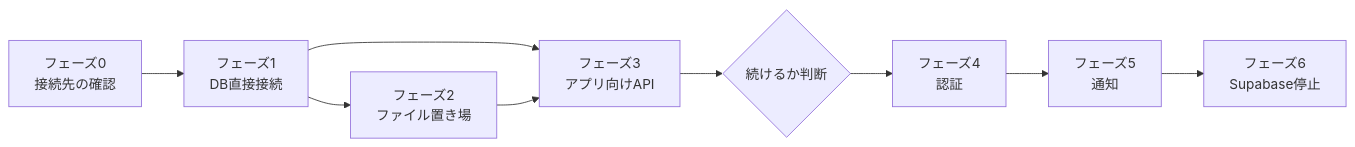
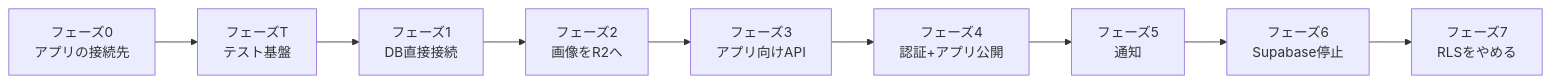
Before and after one commit to kawamonn91/ttech-store: the diagram in docs/supabase-removal-plan.md, drawn with Mermaid. The commit also changed other lines of this file and 12 other files, not shown here.

````diff
--- a/docs/supabase-removal-plan.md
+++ b/docs/supabase-removal-plan.md
@@ -128,11 +147,11 @@
 ```mermaid
 flowchart LR
-    P0["フェーズ0<br/>接続先の確認"] --> P1["フェーズ1<br/>DB直接接続"]
-    P1 --> P2["フェーズ2<br/>ファイル置き場"]
-    P1 --> P3["フェーズ3<br/>アプリ向けAPI"]
-    P2 --> P3
-    P3 --> G{"続けるか判断"}
-    G --> P4["フェーズ4<br/>認証"]
+    P0["フェーズ0<br/>アプリの接続先"] --> PT["フェーズT<br/>テスト基盤"]
+    PT --> P1["フェーズ1<br/>DB直接接続"]
+    P1 --> P2["フェーズ2<br/>画像をR2へ"]
+    P2 --> P3["フェーズ3<br/>アプリ向けAPI"]
+    P3 --> P4["フェーズ4<br/>認証+アプリ公開"]
     P4 --> P5["フェーズ5<br/>通知"]
     P5 --> P6["フェーズ6<br/>Supabase停止"]
+    P6 --> P7["フェーズ7<br/>RLSをやめる"]
 ```
````
